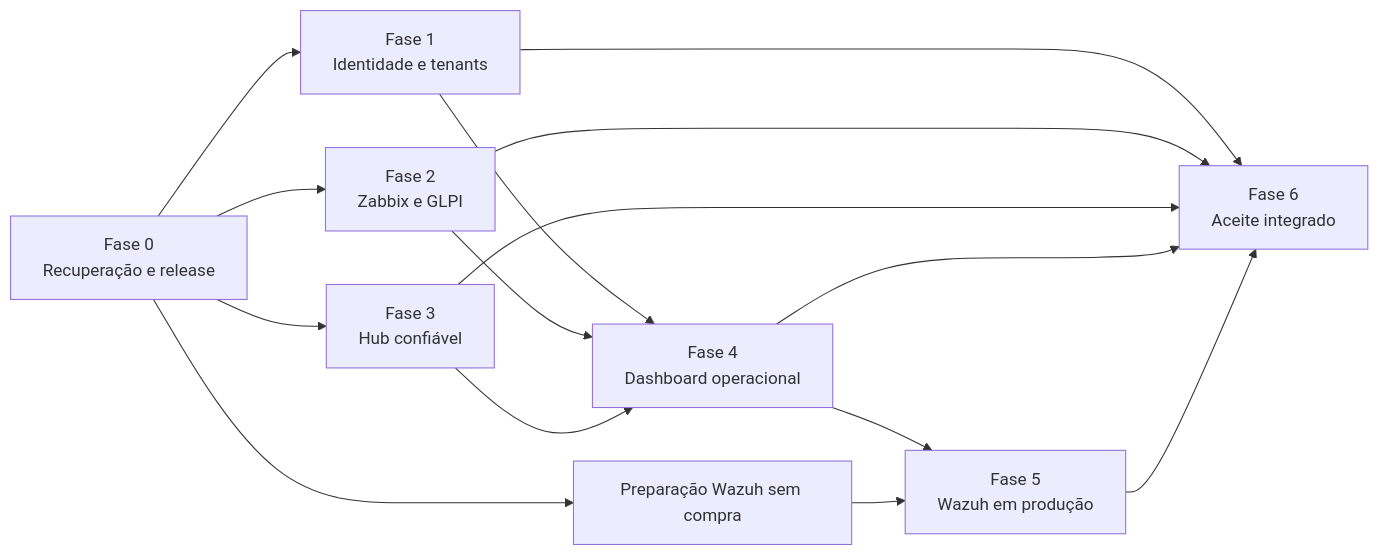
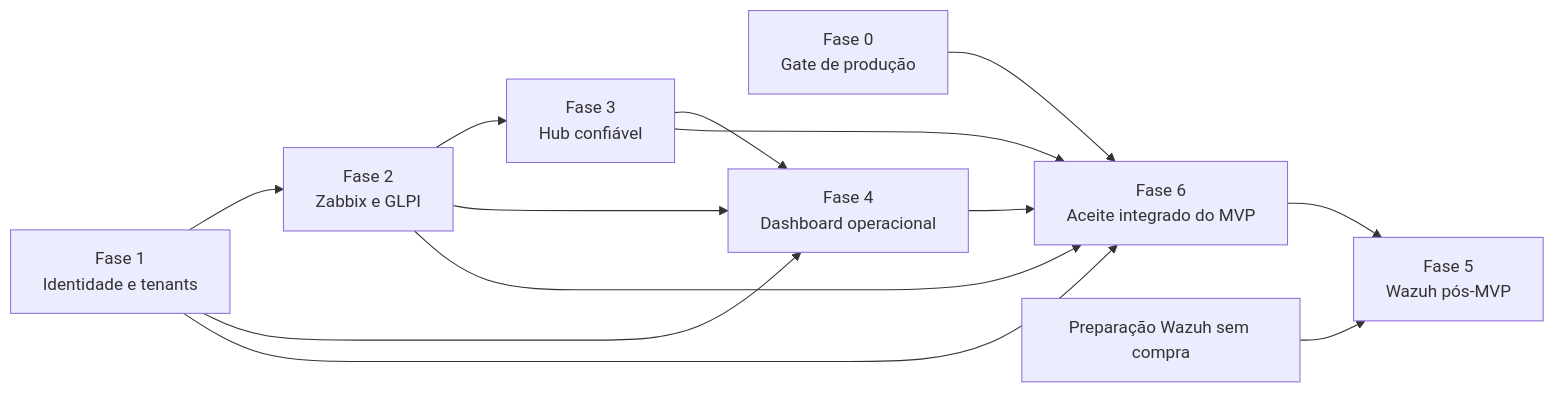
The diagram in docs/superpowers/plans/2026-09-18-ness-os-full-operationalization.md (resper1965/ness.OS-v2), drawn with Mermaid before and after one commit. The commit also changed other lines of this file and 6 other files, not shown here.

````diff
--- a/docs/superpowers/plans/2026-09-18-ness-os-full-operationalization.md
+++ b/docs/superpowers/plans/2026-09-18-ness-os-full-operationalization.md
@@ -45,17 +48,15 @@
 ```mermaid
 flowchart LR
-    P0[Fase 0<br/>Recuperação e release] --> P1[Fase 1<br/>Identidade e tenants]
-    P0 --> P2[Fase 2<br/>Zabbix e GLPI]
-    P0 --> P3[Fase 3<br/>Hub confiável]
+    P0[Fase 0<br/>Gate de produção] --> P6[Fase 6<br/>Aceite integrado do MVP]
+    P1[Fase 1<br/>Identidade e tenants] --> P2[Fase 2<br/>Zabbix e GLPI]
+    P2 --> P3[Fase 3<br/>Hub confiável]
     P1 --> P4[Fase 4<br/>Dashboard operacional]
     P2 --> P4
     P3 --> P4
-    P0 --> WPREP[Preparação Wazuh sem compra]
-    P4 --> P5[Fase 5<br/>Wazuh em produção]
-    WPREP --> P5
-    P1 --> P6[Fase 6<br/>Aceite integrado]
+    WPREP[Preparação Wazuh sem compra] --> P5[Fase 5<br/>Wazuh pós-MVP]
+    P6 --> P5
+    P1 --> P6
     P2 --> P6
     P3 --> P6
     P4 --> P6
-    P5 --> P6
 ```
````
